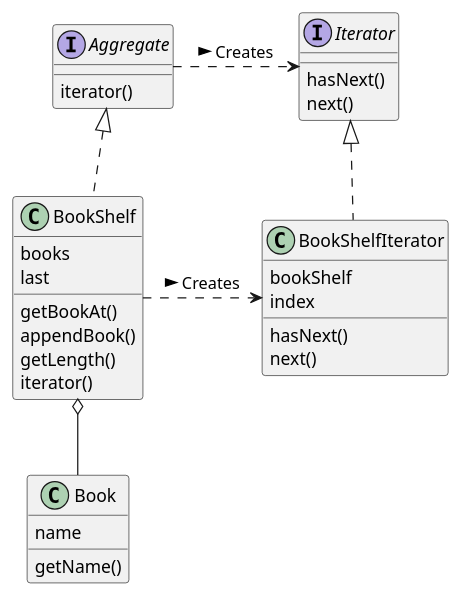
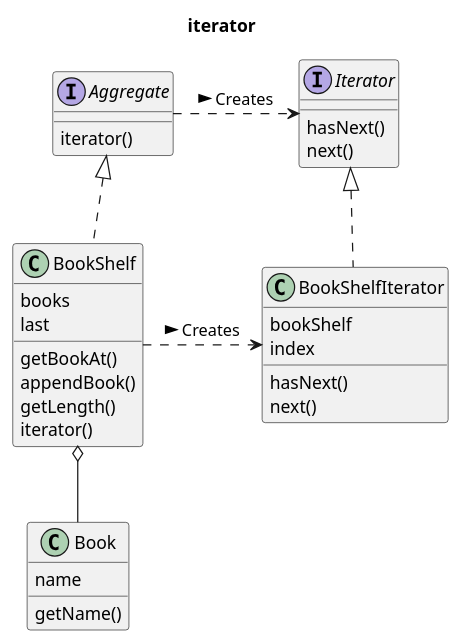
One commit to huminxicn/design-pattern changed the diagram in src/com/design/pattern/iterator/iterator.puml. Above: the diagram before and after it, drawn with PlantUML. The commit also changed 17 other files, not shown here.

```diff
--- a/src/com/design/pattern/iterator/iterator.puml
+++ b/src/com/design/pattern/iterator/iterator.puml
@@ -1,38 +1,39 @@
 @startuml
+title:iterator
 
 interface Aggregate
 interface Iterator
 
 class Book
 class BookShelf
 class BookShelfIterator
 
 
 Aggregate .> Iterator:Creates >
 BookShelf .> BookShelfIterator:Creates >
 Aggregate <|.. BookShelf
 Iterator <|.. BookShelfIterator
 BookShelf o-- Book
 
 
 Aggregate : iterator()
 Iterator : hasNext()
 Iterator : next()
 BookShelf : books
 BookShelf : last
 BookShelf : getBookAt()
 BookShelf : appendBook()
 BookShelf : getLength()
 BookShelf : iterator()
 BookShelfIterator : bookShelf
 BookShelfIterator : index
 BookShelfIterator : hasNext()
 BookShelfIterator : next()
 Book : name
 Book : getName()
 
 
 
 
 
 @enduml
```
